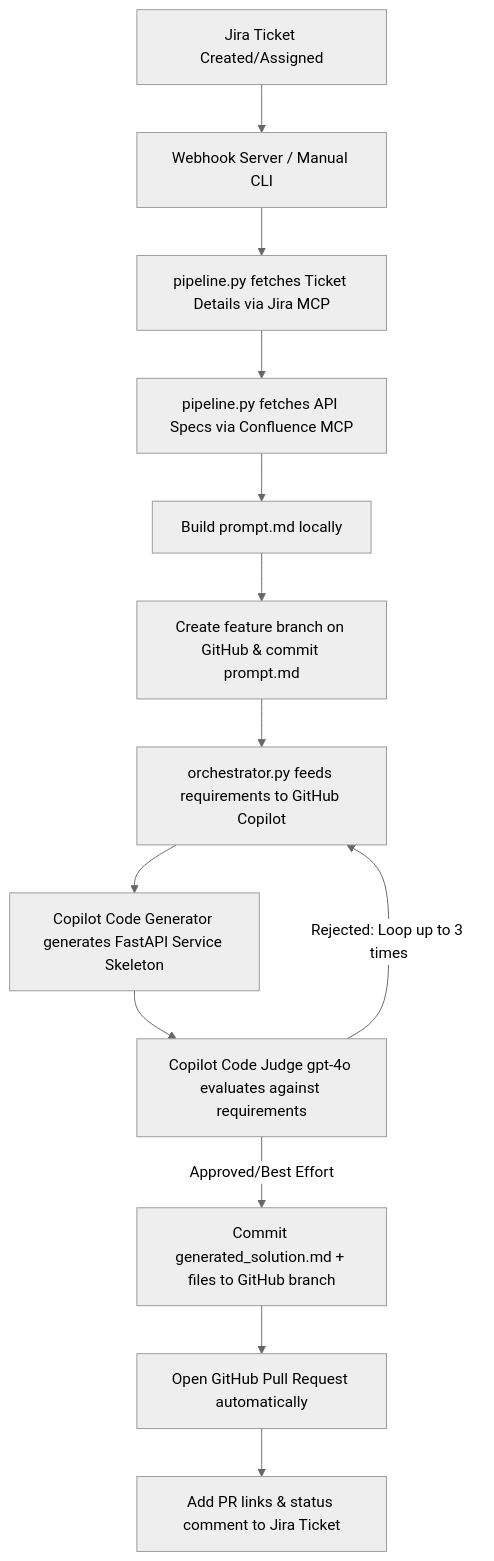
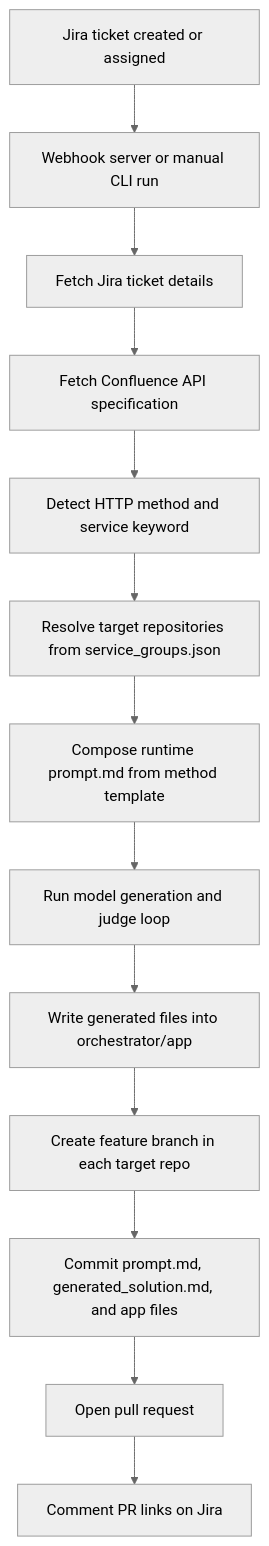
One commit to sanskritehe/API-Automation-GraphQL changed the diagram in README.md. Above: the diagram before and after it, drawn with Mermaid (neutral theme). The commit also changed other lines of this file, not shown here.

````diff
--- a/README.md
+++ b/README.md
@@ -11,15 +17,15 @@
 ```mermaid
 graph TD
-    A[Jira Ticket Created/Assigned] --> B[Webhook Server / Manual CLI]
-    B --> C[pipeline.py fetches Ticket Details via Jira MCP]
-    C --> D[pipeline.py fetches API Specs via Confluence MCP]
-    D --> E[Build prompt.md locally]
-    E --> F[Create feature branch on GitHub & commit prompt.md]
-    F --> G[orchestrator.py feeds requirements to GitHub Copilot]
-    G --> H[Copilot Code Generator generates FastAPI Service Skeleton]
-    H --> I[Copilot Code Judge gpt-4o evaluates against requirements]
-    I -- Rejected: Loop up to 3 times --> G
-    I -- Approved/Best Effort --> J[Commit generated_solution.md + files to GitHub branch]
-    J --> K[Open GitHub Pull Request automatically]
-    K --> L[Add PR links & status comment to Jira Ticket]
+    A[Jira ticket created or assigned] --> B[Webhook server or manual CLI run]
+    B --> C[Fetch Jira ticket details]
+    C --> D[Fetch Confluence API specification]
+    D --> E[Detect HTTP method and service keyword]
+    E --> F[Resolve target repositories from service_groups.json]
+    F --> G[Compose runtime prompt.md from method template]
+    G --> H[Run model generation and judge loop]
+    H --> I[Write generated files into orchestrator/app]
+    I --> J[Create feature branch in each target repo]
+    J --> K[Commit prompt.md, generated_solution.md, and app files]
+    K --> L[Open pull request]
+    L --> M[Comment PR links on Jira]
 ```
````
